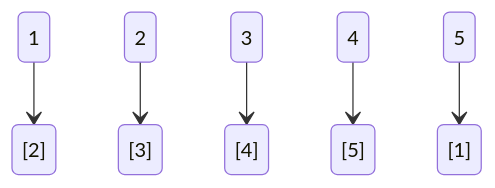
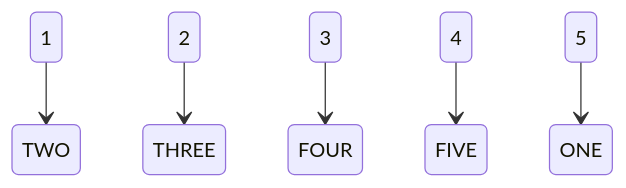
Before and after one commit to arcaniussainey/Tuts: the third of 3 diagrams in ShiftingArraysAndMore.md, drawn with Mermaid.

````diff
--- a/ShiftingArraysAndMore.md
+++ b/ShiftingArraysAndMore.md
@@ -55,8 +55,8 @@
 ```mermaid
 stateDiagram-v2
-    1 --> [2]
-    2 --> [3]
-    3 --> [4]
-    4 --> [5]
-    5 --> [1]
+    1 --> TWO
+    2 --> THREE
+    3 --> FOUR
+    4 --> FIVE
+    5 --> ONE
 ```
````
